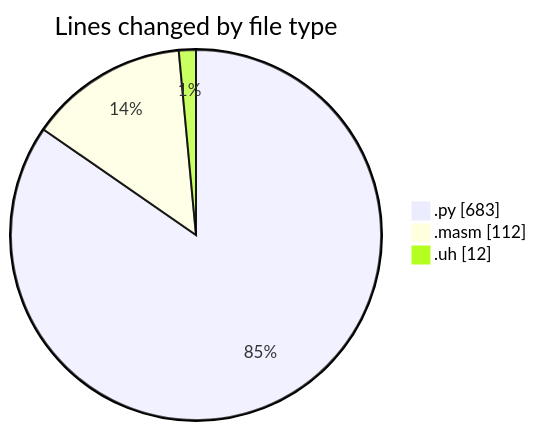
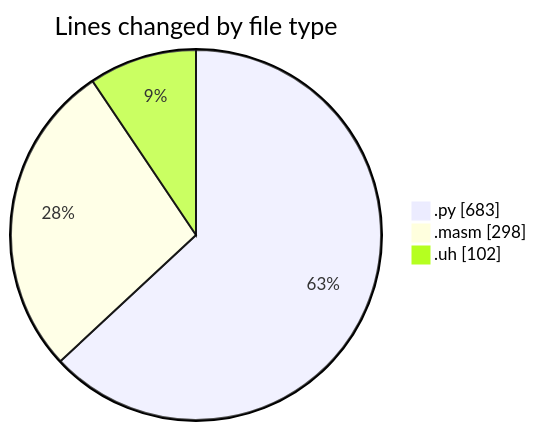
One commit to charlie-sans/code-tracking changed the first of 2 diagrams in 2025-05-01/uhigh-lang/README.md. Above: the diagram before and after it, drawn with Mermaid. The commit also changed other lines of this file and 1 other file, not shown here.

````diff
--- a/2025-05-01/uhigh-lang/README.md
+++ b/2025-05-01/uhigh-lang/README.md
@@ -22,7 +22,7 @@
 ```mermaid
 pie showData
 title Lines changed by file type
 ".py" : 683
-".masm" : 112
-".uh" : 12
+".masm" : 298
+".uh" : 102
 ```
````
